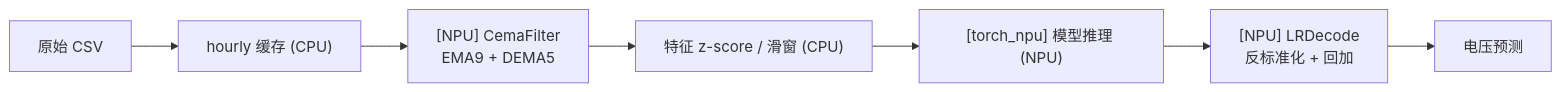
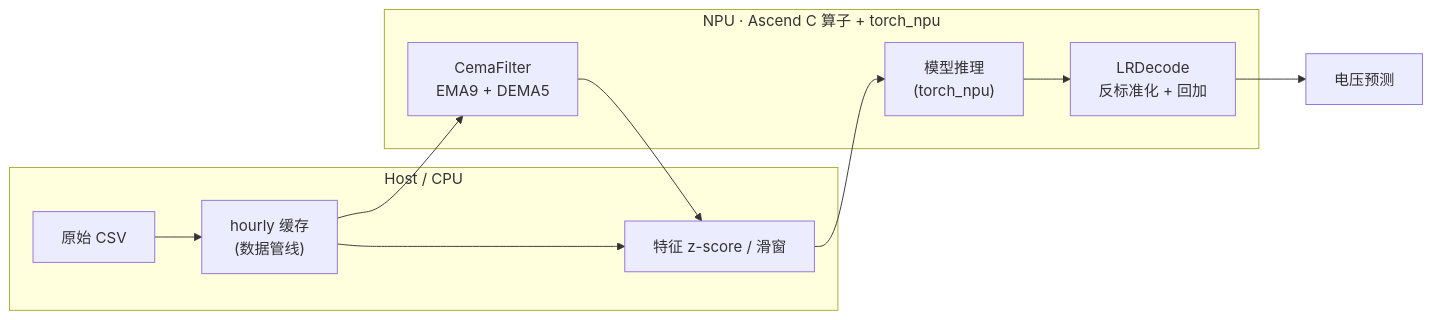
The third of 4 diagrams in README.md (imsquner/CEMA_LR_ops), drawn with Mermaid before and after one commit. The commit also changed other lines of this file and 1 other file, not shown here.

First line of the commit message:
docs: 用 Mermaid 重做流程图与调度对比，弃用 matplotlib 图

````diff
--- a/README.md
+++ b/README.md
@@ -81,9 +83,14 @@
 ```mermaid
 flowchart LR
-    A["原始 CSV"] --> B["hourly 缓存 (CPU)"]
-    B --> C["[NPU] CemaFilter<br/>EMA9 + DEMA5"]
-    C --> D["特征 z-score / 滑窗 (CPU)"]
-    D --> E["[torch_npu] 模型推理 (NPU)"]
-    E --> F["[NPU] LRDecode<br/>反标准化 + 回加"]
+    subgraph CPU2["Host / CPU"]
+        A["原始 CSV"] --> B["hourly 缓存<br/>(数据管线)"]
+        B --> D["特征 z-score / 滑窗"]
+    end
+    subgraph NPU["NPU · Ascend C 算子 + torch_npu"]
+        C["CemaFilter<br/>EMA9 + DEMA5"]
+        E["模型推理<br/>(torch_npu)"]
+        F["LRDecode<br/>反标准化 + 回加"]
+    end
+    B --> C --> D --> E --> F
     F --> G["电压预测"]
 ```
````
